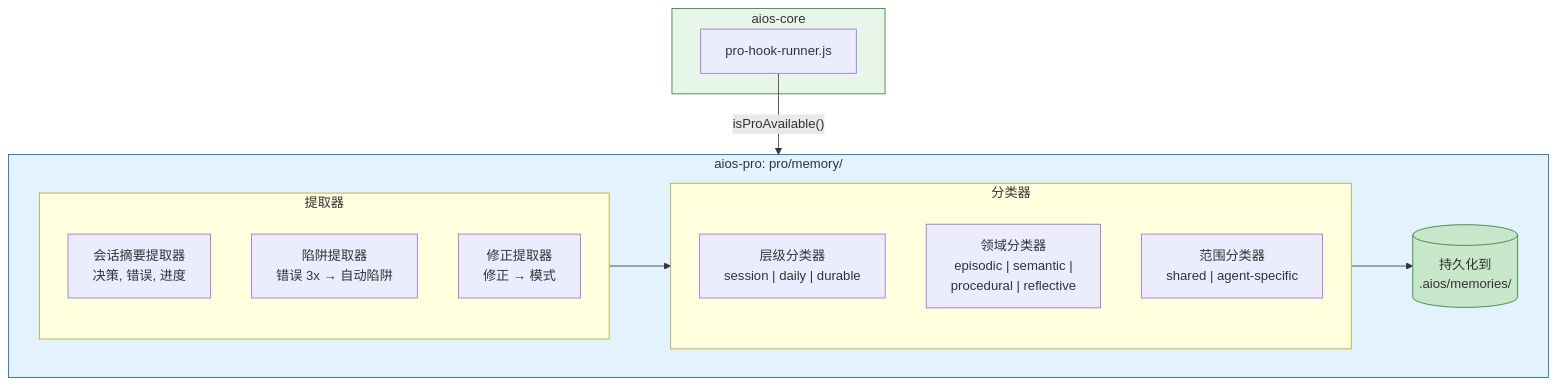
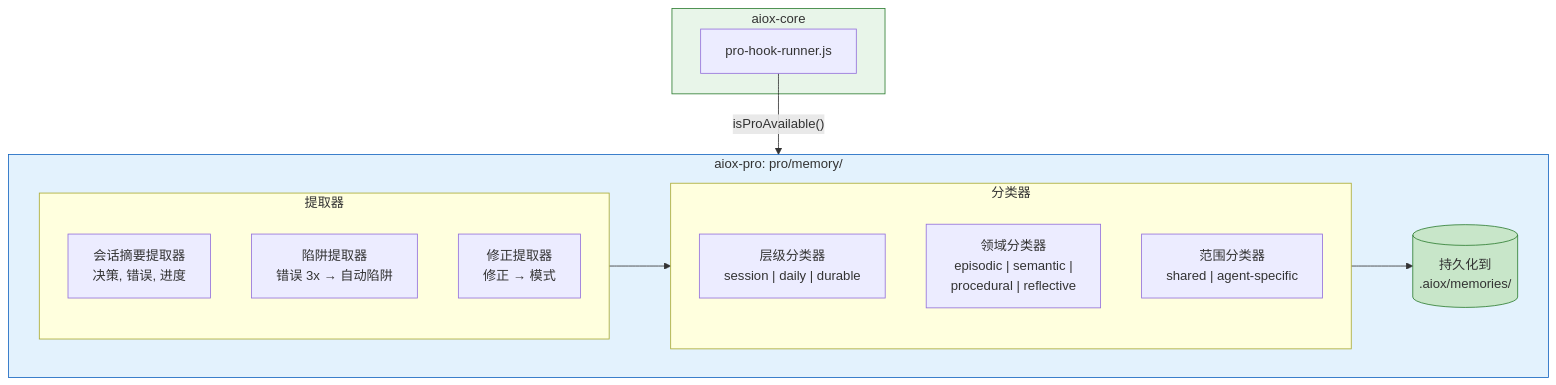
The fifth of 11 diagrams in docs/zh/guides/MEMORY-INTELLIGENCE-SYSTEM.md (brunajunckes/aiox-core), drawn with Mermaid before and after one commit. The commit also changed other lines of this file and 3396 other files, not shown here.

First line of the commit message:
chore: rebrand aios → aiox across entire codebase (#552)

````diff
--- a/docs/zh/guides/MEMORY-INTELLIGENCE-SYSTEM.md
+++ b/docs/zh/guides/MEMORY-INTELLIGENCE-SYSTEM.md
@@ -479,29 +479,29 @@
 ```mermaid
 flowchart TD
-    subgraph CORE_HOOKS["aios-core"]
+    subgraph CORE_HOOKS["aiox-core"]
         HR["pro-hook-runner.js"]
     end
 
-    subgraph PRO_CAPTURE["aios-pro: pro/memory/"]
+    subgraph PRO_CAPTURE["aiox-pro: pro/memory/"]
         subgraph EXTRACTORS["提取器"]
             EX1["会话摘要提取器<br/>决策, 错误, 进度"]
             EX2["陷阱提取器<br/>错误 3x → 自动陷阱"]
             EX3["修正提取器<br/>修正 → 模式"]
         end
 
         subgraph CLASSIFIERS["分类器"]
             CL1["层级分类器<br/>session | daily | durable"]
             CL2["领域分类器<br/>episodic | semantic |<br/>procedural | reflective"]
             CL3["范围分类器<br/>shared | agent-specific"]
         end
 
         EXTRACTORS --> CLASSIFIERS
-        CLASSIFIERS --> PERSIST[("持久化到<br/>.aios/memories/")]
+        CLASSIFIERS --> PERSIST[("持久化到<br/>.aiox/memories/")]
     end
 
     HR -->|"isProAvailable()"| PRO_CAPTURE
 
     style CORE_HOOKS fill:#E8F5E9,stroke:#2E7D32
     style PRO_CAPTURE fill:#E3F2FD,stroke:#1565C0
     style PERSIST fill:#C8E6C9,stroke:#2E7D32
 ```
````
